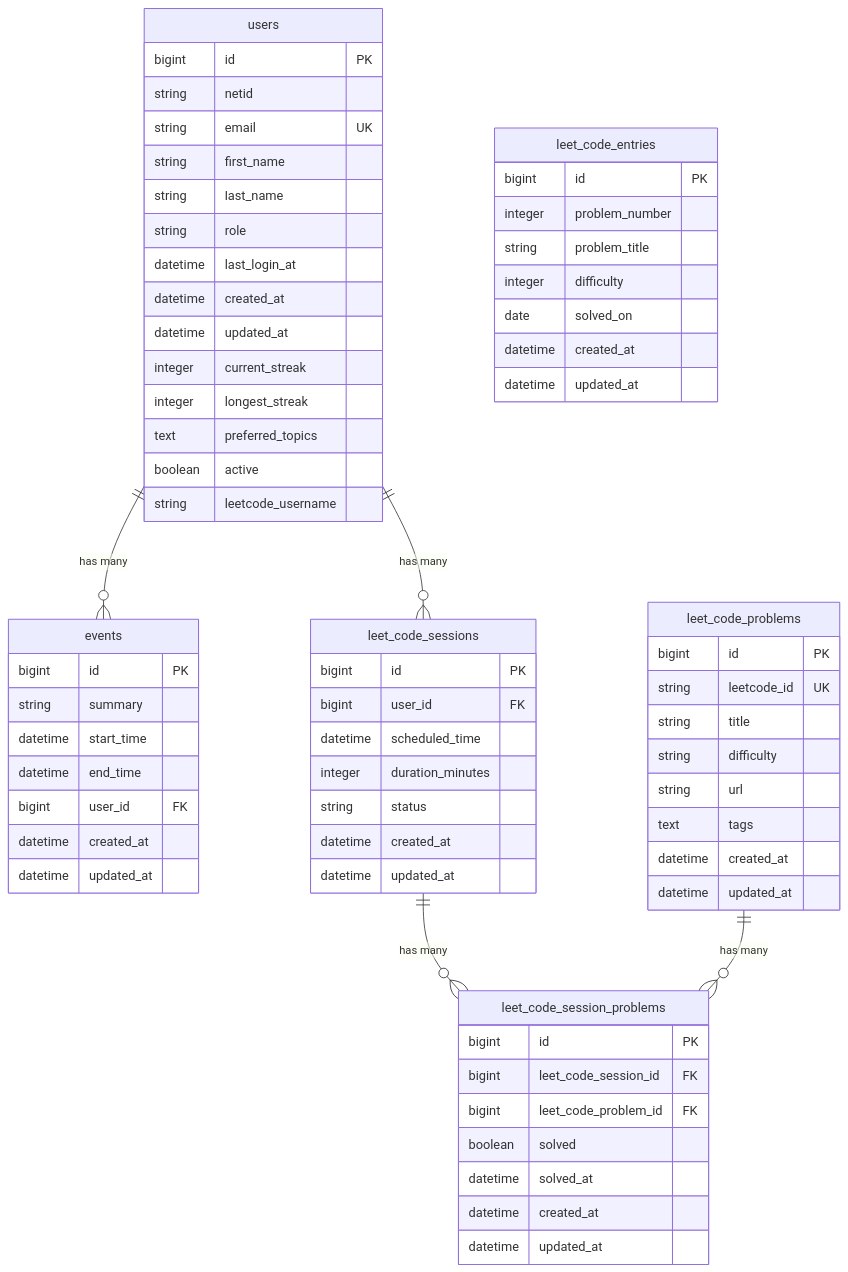
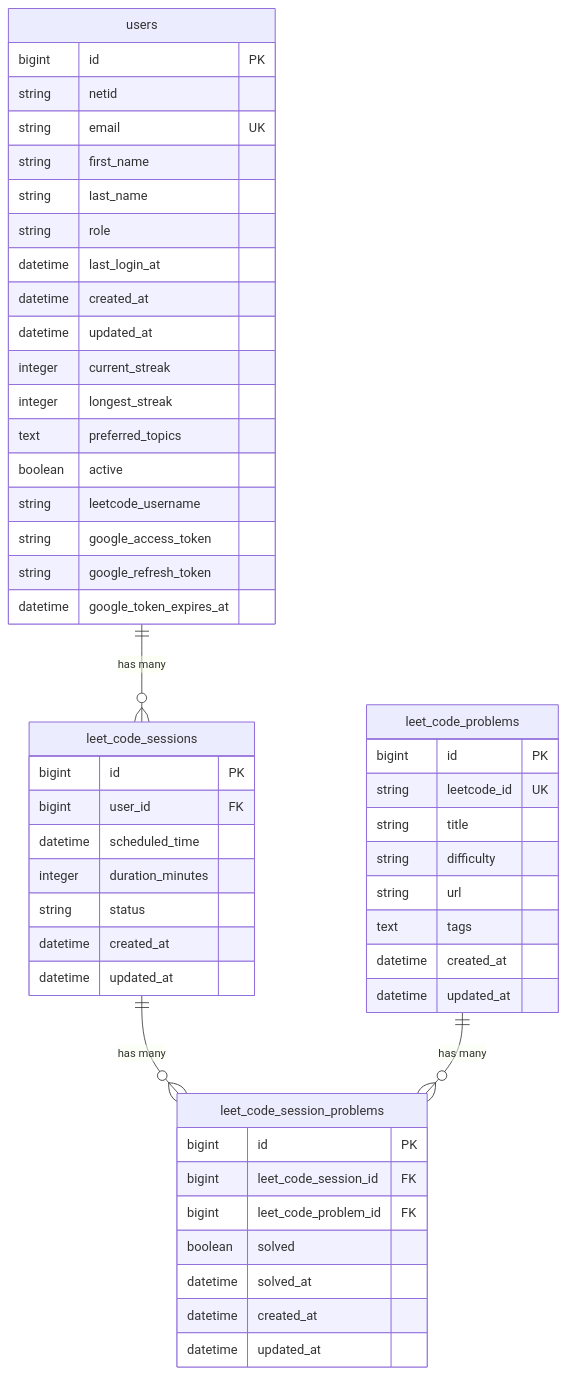
One commit to tamu-edu-students/CSCE606-group5-project1 changed the second of 2 diagrams in architecture_diagrams.md. Above: the diagram before and after it, drawn with Mermaid.

Commit message:
Update database diagram

````diff
--- a/architecture_diagrams.md
+++ b/architecture_diagrams.md
@@ -28,75 +28,57 @@
 ```mermaid
 erDiagram
-    users ||--o{ events : "has many"
     users ||--o{ leet_code_sessions : "has many"
     leet_code_sessions ||--o{ leet_code_session_problems : "has many"
     leet_code_problems ||--o{ leet_code_session_problems : "has many"
 
     users {
         bigint id PK
         string netid
         string email UK
         string first_name
         string last_name
         string role
         datetime last_login_at
         datetime created_at
         datetime updated_at
         integer current_streak
         integer longest_streak
         text preferred_topics
         boolean active
         string leetcode_username
-    }
-
-    events {
-        bigint id PK
-        string summary
-        datetime start_time
-        datetime end_time
-        bigint user_id FK
-        datetime created_at
-        datetime updated_at
-    }
-
-    leet_code_entries {
-        bigint id PK
-        integer problem_number
-        string problem_title
-        integer difficulty
-        date solved_on
-        datetime created_at
-        datetime updated_at
+        string google_access_token
+        string google_refresh_token
+        datetime google_token_expires_at 
     }
 
     leet_code_problems {
         bigint id PK
         string leetcode_id UK
         string title
         string difficulty
         string url
         text tags
         datetime created_at
         datetime updated_at
     }
 
     leet_code_sessions {
         bigint id PK
         bigint user_id FK
         datetime scheduled_time
         integer duration_minutes
         string status
         datetime created_at
         datetime updated_at
     }
 
     leet_code_session_problems {
         bigint id PK
         bigint leet_code_session_id FK
         bigint leet_code_problem_id FK
         boolean solved
         datetime solved_at
         datetime created_at
         datetime updated_at
     }
 ```
````
